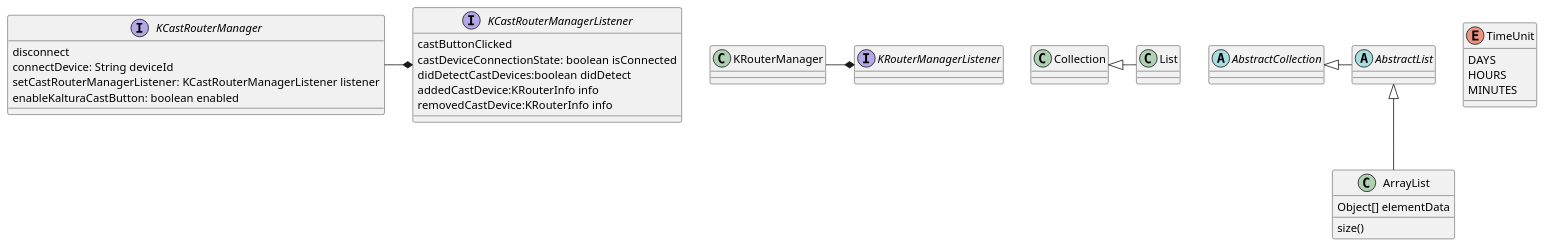
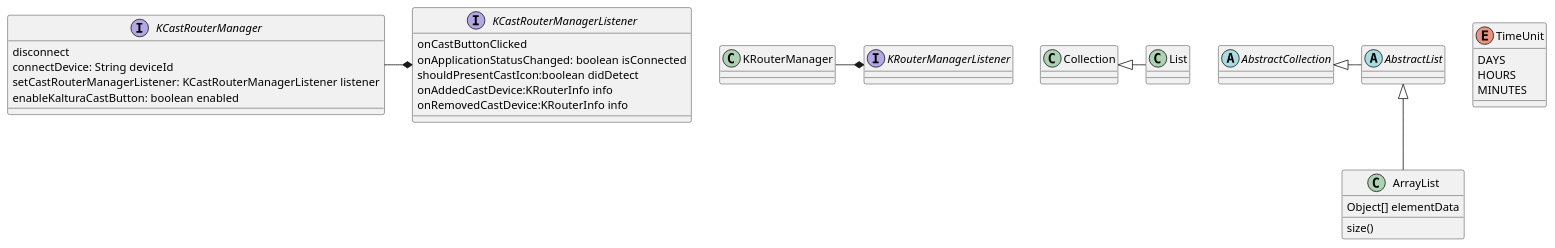
The diagram in playerSDK/src/main/java/com/kaltura/playersdk/Diagrams/CCClassDiagram.puml (kaltura/player-sdk-native-android), drawn with PlantUML before and after one commit. The commit also changed 4 other files, not shown here.

```diff
--- a/playerSDK/src/main/java/com/kaltura/playersdk/Diagrams/CCClassDiagram.puml
+++ b/playerSDK/src/main/java/com/kaltura/playersdk/Diagrams/CCClassDiagram.puml
@@ -1,45 +1,45 @@
 @startuml
 
 abstract class AbstractList
 abstract AbstractCollection
 interface KCastRouterManagerListener {
-    castButtonClicked
-    castDeviceConnectionState: boolean isConnected
-    didDetectCastDevices:boolean didDetect
-    addedCastDevice:KRouterInfo info
-    removedCastDevice:KRouterInfo info
+    onCastButtonClicked
+    onApplicationStatusChanged: boolean isConnected
+    shouldPresentCastIcon:boolean didDetect
+    onAddedCastDevice:KRouterInfo info
+    onRemovedCastDevice:KRouterInfo info
 }
 
 interface KCastRouterManager {
     disconnect
     connectDevice: String deviceId
     setCastRouterManagerListener: KCastRouterManagerListener listener
     enableKalturaCastButton: boolean enabled
 }
 
 interface KRouterManagerListener {
 }
 
 class KRouterManager {
 
 }
 
 KCastRouterManager -* KCastRouterManagerListener
 KRouterManager -* KRouterManagerListener
 
 Collection <|- List
 AbstractCollection <|- AbstractList
 AbstractList <|-- ArrayList
 
 class ArrayList {
 Object[] elementData
 size()
 }
 
 enum TimeUnit {
 DAYS
 HOURS
 MINUTES
 }
 
 @enduml
```
